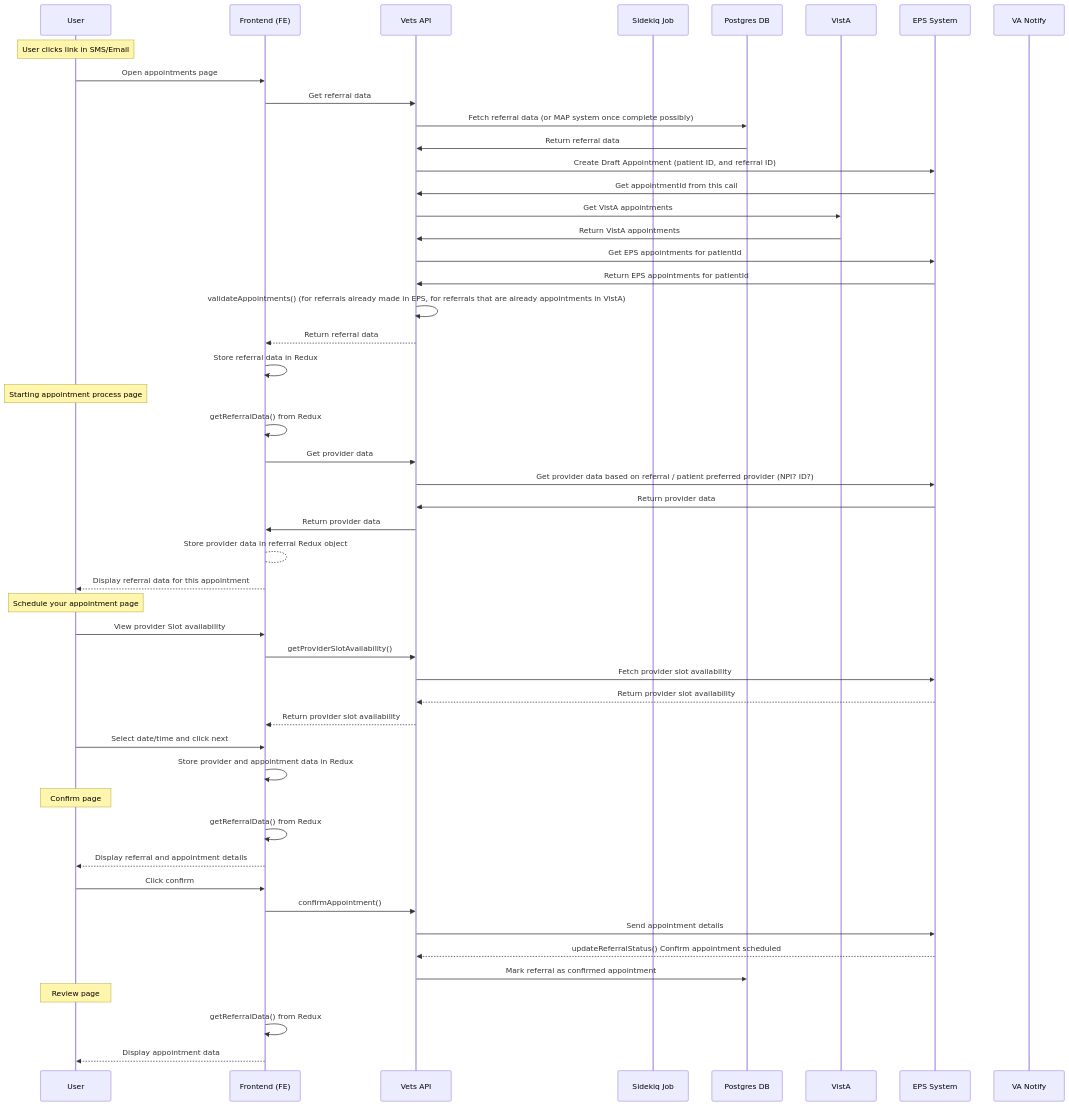
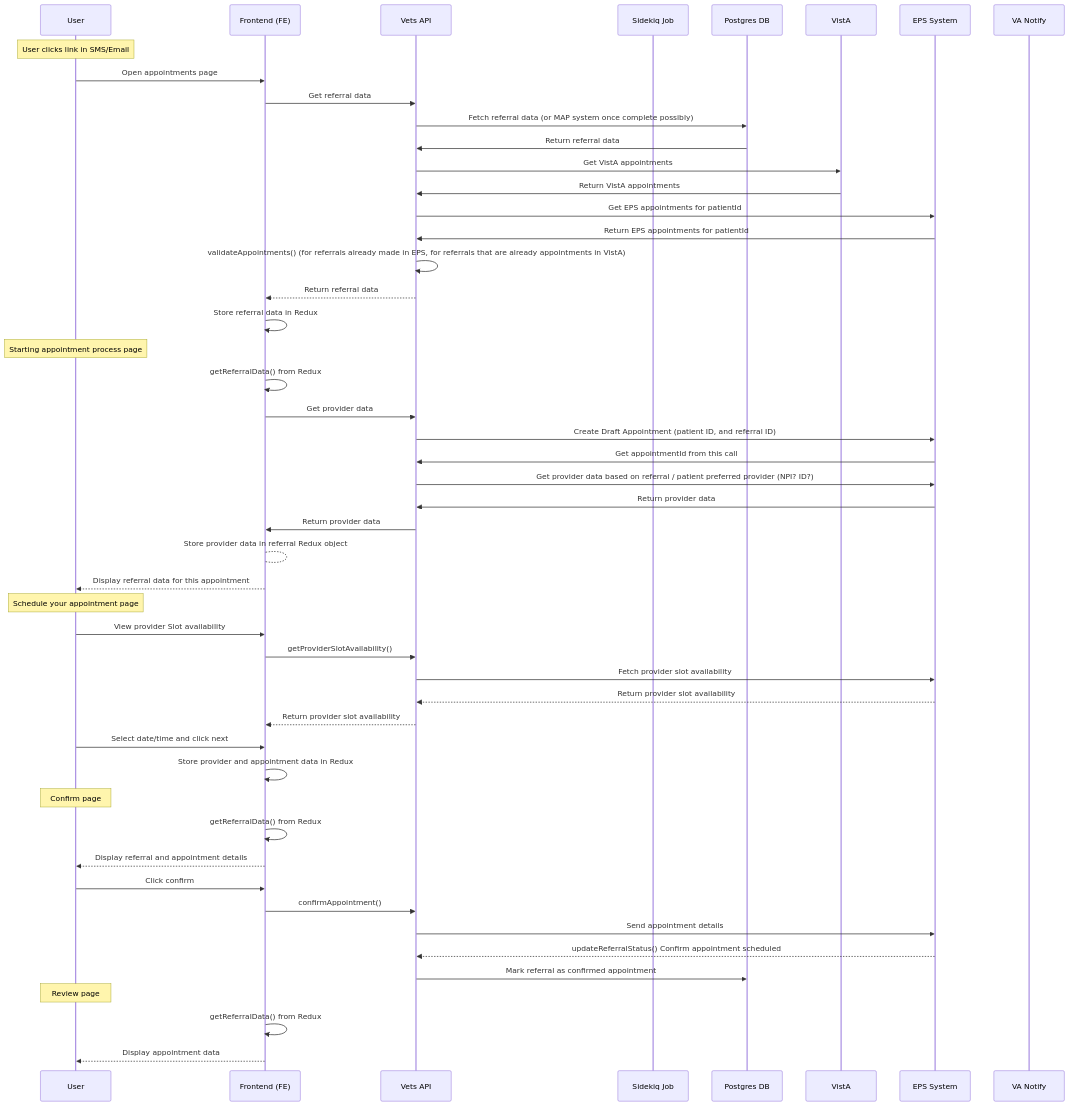
Before and after one commit to department-of-veterans-affairs/va.gov-team: the fourth of 4 diagrams in products/health-care/appointments/va-online-scheduling/engineering/architecture/community-care-technical-documentation.md, drawn with Mermaid. The commit also changed other lines of this file, not shown here.

````diff
--- a/products/health-care/appointments/va-online-scheduling/engineering/architecture/community-care-technical-documentation.md
+++ b/products/health-care/appointments/va-online-scheduling/engineering/architecture/community-care-technical-documentation.md
@@ -134,58 +134,58 @@
 ```mermaid
 sequenceDiagram
     participant User
     participant Frontend as Frontend (FE)
     participant VetsAPI as Vets API
     participant Sidekiq as Sidekiq Job
     participant Postgres as Postgres DB
     participant VistA as VistA
     participant EPS as EPS System
     participant VA as VA Notify
 
     Note over User: User clicks link in SMS/Email
     User->>Frontend: Open appointments page
     Frontend->>VetsAPI: Get referral data
     VetsAPI->>Postgres: Fetch referral data (or MAP system once complete possibly)
     Postgres->>VetsAPI: Return referral data
-    VetsAPI->>EPS: Create Draft Appointment (patient ID, and referral ID)
-    EPS->>VetsAPI: Get appointmentId from this call
     VetsAPI->>VistA: Get VistA appointments
     VistA->>VetsAPI: Return VistA appointments
     VetsAPI->>EPS: Get EPS appointments for patientId
     EPS->>VetsAPI: Return EPS appointments for patientId
     VetsAPI->>VetsAPI: validateAppointments() (for referrals already made in EPS, for referrals that are already appointments in VistA)
     VetsAPI-->>Frontend: Return referral data
     Frontend->>Frontend: Store referral data in Redux
     
 
     Note over User: Starting appointment process page
     Frontend->>Frontend: getReferralData() from Redux
     Frontend->>VetsAPI: Get provider data
+    VetsAPI->>EPS: Create Draft Appointment (patient ID, and referral ID)
+    EPS->>VetsAPI: Get appointmentId from this call
     VetsAPI->>EPS: Get provider data based on referral / patient preferred provider (NPI? ID?)
     EPS->>VetsAPI: Return provider data
     VetsAPI->>Frontend: Return provider data
     Frontend-->Frontend: Store provider data in referral Redux object
     Frontend-->>User: Display referral data for this appointment
 
     Note over User: Schedule your appointment page
     User->>Frontend: View provider Slot availability
     Frontend->>VetsAPI: getProviderSlotAvailability()
     VetsAPI->>EPS: Fetch provider slot availability
     EPS-->>VetsAPI: Return provider slot availability
     VetsAPI-->>Frontend: Return provider slot availability
     User->>Frontend: Select date/time and click next
     Frontend->>Frontend: Store provider and appointment data in Redux
 
     Note over User: Confirm page
     Frontend->>Frontend: getReferralData() from Redux
     Frontend-->>User: Display referral and appointment details
     User->>Frontend: Click confirm
     Frontend->>VetsAPI: confirmAppointment()
     VetsAPI->>EPS: Send appointment details
     EPS-->>VetsAPI: updateReferralStatus() Confirm appointment scheduled
     VetsAPI->>Postgres: Mark referral as confirmed appointment
 
     Note over User: Review page
     Frontend->>Frontend: getReferralData() from Redux
     Frontend-->>User: Display appointment data
 ```
````
